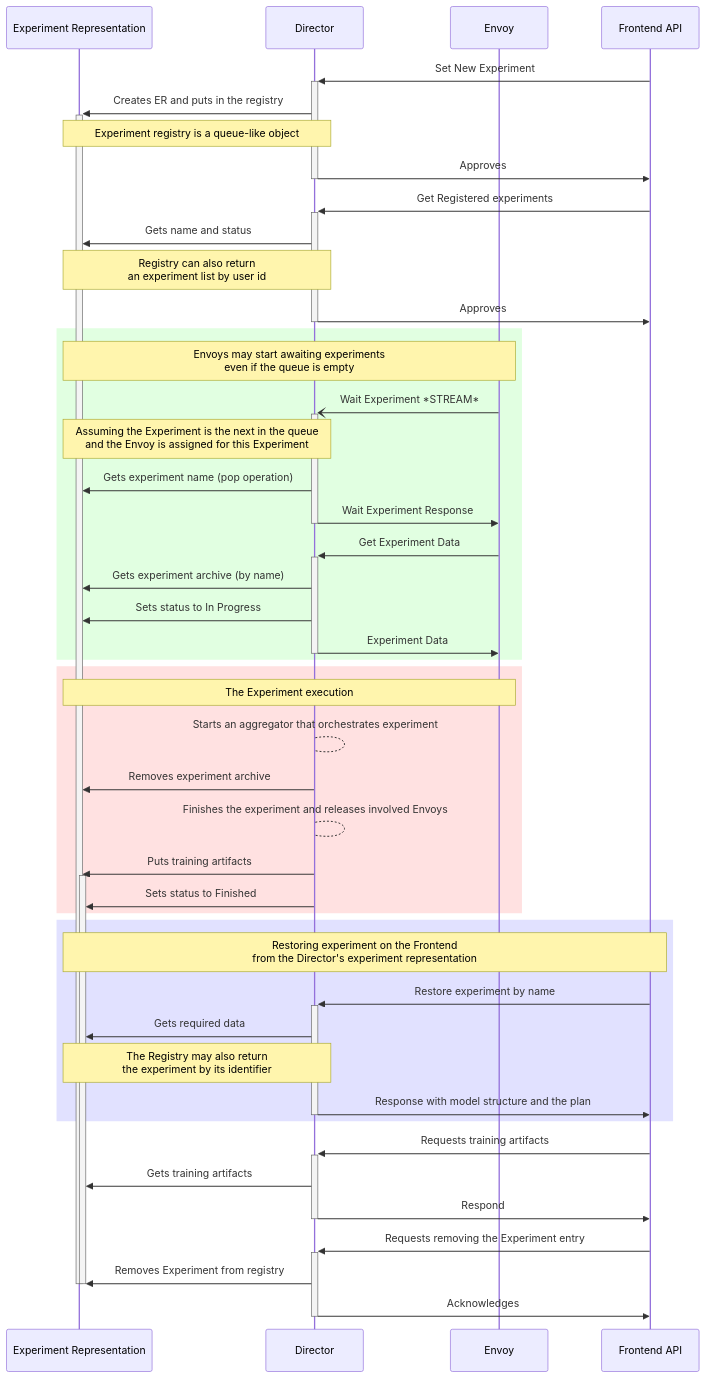
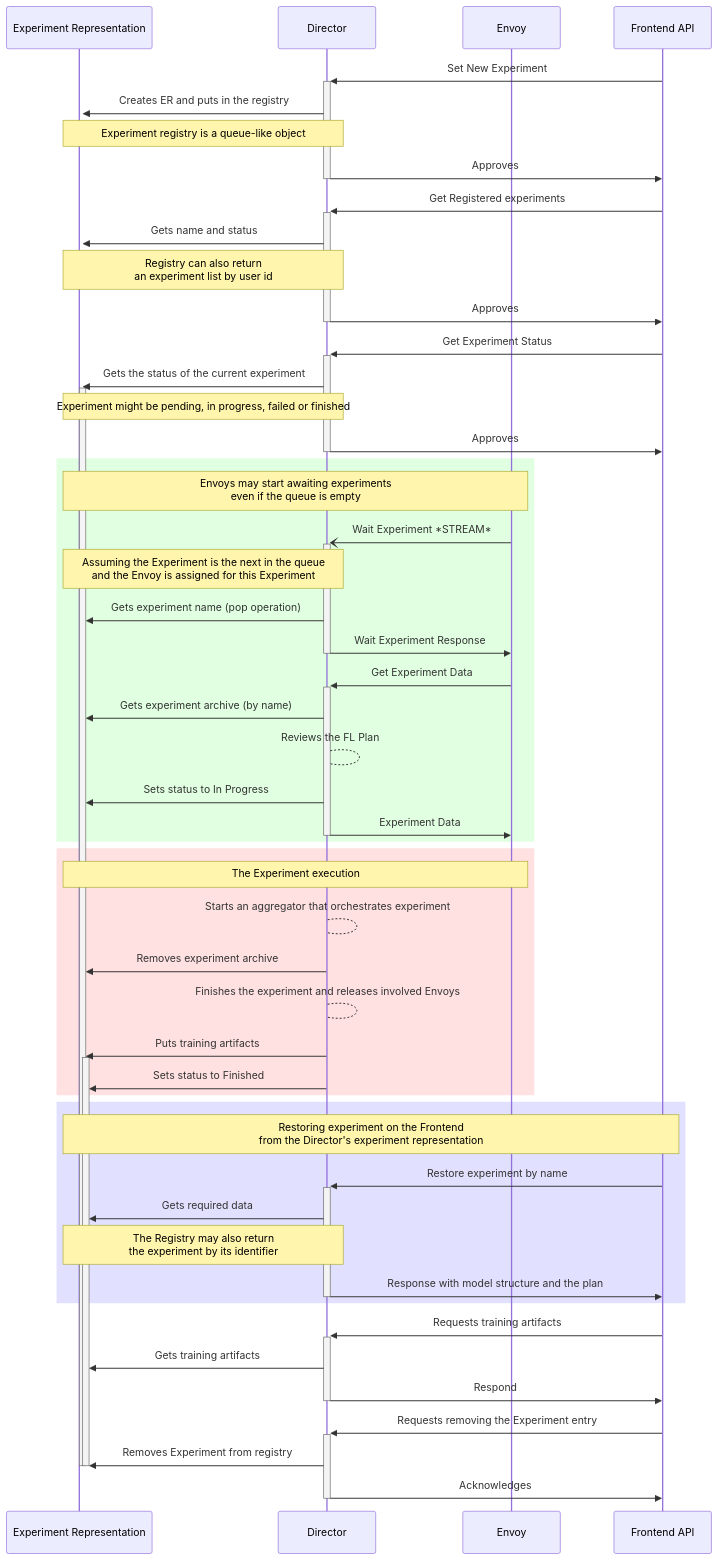
Before and after one commit to securefederatedai/openfl: the diagram in docs/source/openfl/experiment_representation_and_RPCs.mmd, drawn with Mermaid. The commit also changed 22 other files, not shown here.

```diff
--- a/docs/source/openfl/experiment_representation_and_RPCs.mmd
+++ b/docs/source/openfl/experiment_representation_and_RPCs.mmd
@@ -1,58 +1,64 @@
 sequenceDiagram
   participant ER as Experiment Representation
   participant D as Director
   participant E as Envoy
   participant F as Frontend API
 
   F->>+D: Set New Experiment
   D->>+ER: Creates ER and puts in the registry
   note over ER,D: Experiment registry is a queue-like object
   D->>-F: Approves
 
   F->>+D: Get Registered experiments
   D->>ER: Gets name and status
   note over ER,D: Registry can also return <br>an experiment list by user id
   D->>-F: Approves
 
+  F->>+D: Get Experiment Status
+  D->>+ER: Gets the status of the current experiment
+  note over ER,D: Experiment might be pending, in progress, failed or finished
+  D->>-F: Approves
+
   rect rgb(225, 255, 225)
     note over ER,E: Envoys may start awaiting experiments <br>even if the queue is empty
     E-)+D: Wait Experiment *STREAM*
     note over ER,D: Assuming the Experiment is the next in the queue <br>and the Envoy is assigned for this Experiment
     D->>ER: Gets experiment name (pop operation)
     D->>-E: Wait Experiment Response
 
     E->>+D: Get Experiment Data
     D->>ER: Gets experiment archive (by name)
+    D-->D: Reviews the FL Plan
     D->>ER: Sets status to In Progress
     D->>-E: Experiment Data
   end
 
   rect rgb(255, 225, 225)
   note over ER,E: The Experiment execution
     D-->D: Starts an aggregator that orchestrates experiment
     D->>ER: Removes experiment archive
     D-->D: Finishes the experiment and releases involved Envoys
     D->>+ER: Puts training artifacts
     D->>ER: Sets status to Finished
   end
 
   rect rgb(225, 225, 255)
     note over ER,F: Restoring experiment on the Frontend <br>from the Director's experiment representation
     F->>+D: Restore experiment by name
     D->>ER: Gets required data
     note over ER,D: The Registry may also return <br>the experiment by its identifier
     D->>-F: Response with model structure and the plan
   end
 
 
   F->>+D: Requests training artifacts
   D->>ER: Gets training artifacts
   D->>-F: Respond
 
   F->>+D: Requests removing the Experiment entry
   D->>ER: Removes Experiment from registry
 
   deactivate ER
   deactivate ER
 
   D->>-F: Acknowledges
```
